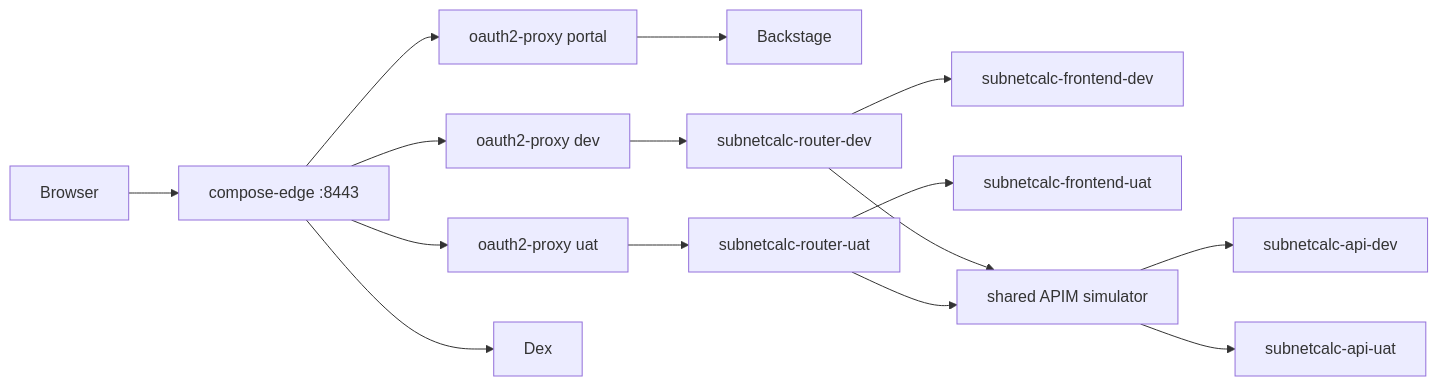
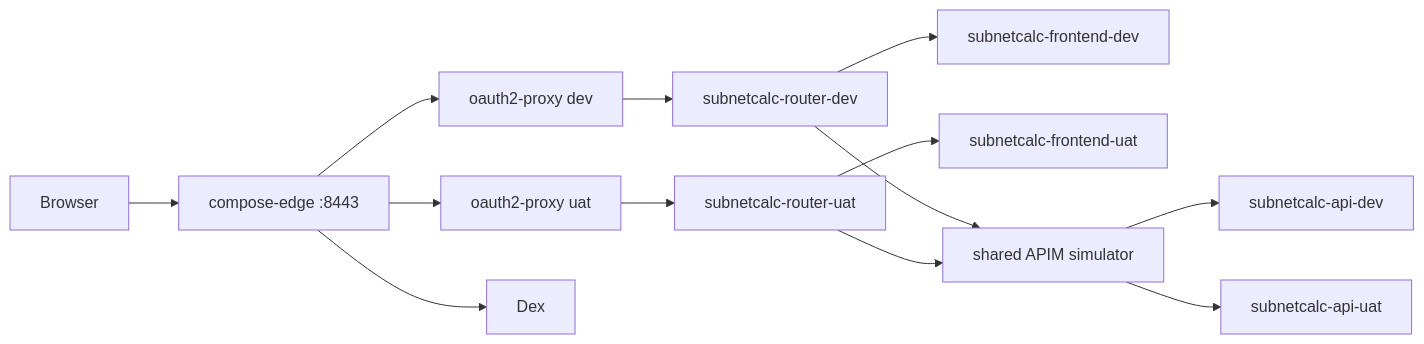
The diagram in docker/compose/README.md (nickromney/platform), drawn with Mermaid before and after one commit. The commit also changed other lines of this file and 225 other files, not shown here.

````diff
--- a/docker/compose/README.md
+++ b/docker/compose/README.md
@@ -17,17 +16,15 @@
 ```mermaid
 flowchart LR
     user["Browser"] --> edge["compose-edge :8443"]
-    edge --> ssoPortal["oauth2-proxy portal"]
     edge --> ssoDev["oauth2-proxy dev"]
     edge --> ssoUat["oauth2-proxy uat"]
     edge --> dex["Dex"]
-    ssoPortal --> portal["Backstage"]
     ssoDev --> routerDev["subnetcalc-router-dev"]
     ssoUat --> routerUat["subnetcalc-router-uat"]
     routerDev --> feDev["subnetcalc-frontend-dev"]
     routerUat --> feUat["subnetcalc-frontend-uat"]
     routerDev --> apim["shared APIM simulator"]
     routerUat --> apim
     apim --> apiDev["subnetcalc-api-dev"]
     apim --> apiUat["subnetcalc-api-uat"]
 ```
````
